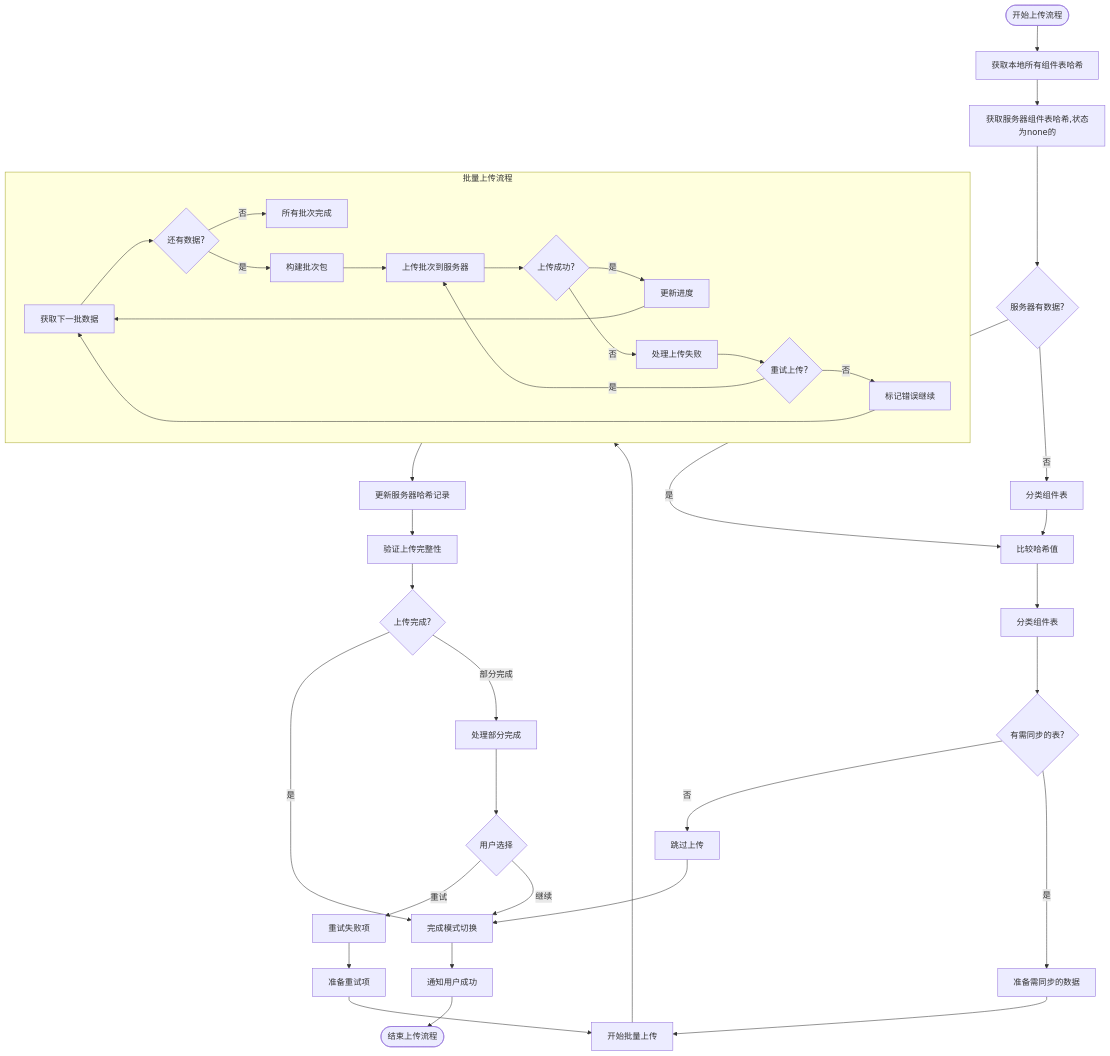
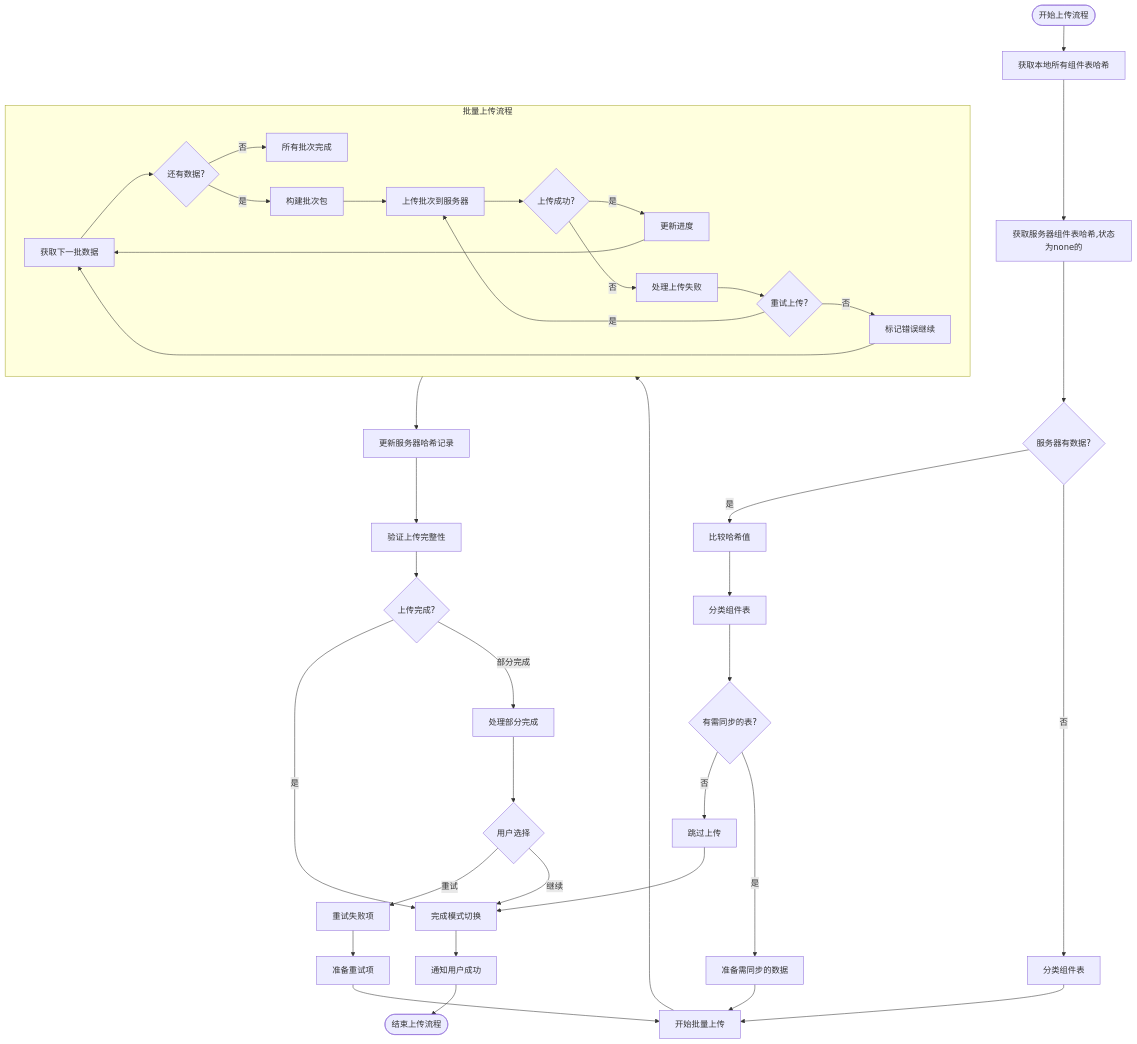
Before and after one commit to yingjianzh/iodraw-files: the diagram in all/未命名-50.md, drawn with Mermaid.

Commit message:
2025-05-08 17:11:15 update

````diff
--- a/all/未命名-50.md
+++ b/all/未命名-50.md
@@ -1,56 +1,56 @@
 ```mermaid
 flowchart TD
     Start([开始上传流程]) --> CollectLocalHashes[获取本地所有组件表哈希]
     CollectLocalHashes --> FetchServerHashes[获取服务器组件表哈希,状态为none的]
     
     FetchServerHashes --> ServerHasData{服务器有数据?}
     
     ServerHasData -->|是| CompareHashes[比较哈希值]
     ServerHasData -->|否| ClassifyTables2[分类组件表]
-    ClassifyTables2 -->
+    ClassifyTables2 --> StartBatching
     
     CompareHashes --> ClassifyTables[分类组件表]
     ClassifyTables --> HasChanges{有需同步的表?}
     
     HasChanges -->|否| SkipUpload[跳过上传]
     HasChanges -->|是| PrepareChangedData[准备需同步的数据]
     
     
     PrepareChangedData --> StartBatching[开始批量上传]
     
     subgraph BatchUpload [批量上传流程]
         B1[获取下一批数据] --> B2{还有数据?}
         B2 -->|否| BatchesComplete[所有批次完成]
         B2 -->|是| B3[构建批次包]
         B3 --> B4[上传批次到服务器]
         B4 --> B5{上传成功?}
         B5 -->|是| B6[更新进度]
         B5 -->|否| B7[处理上传失败]
         B7 --> B8{重试上传?}
         B8 -->|是| B4
         B8 -->|否| B9[标记错误继续]
         B6 --> B1
         B9 --> B1
     end
     
     StartBatching --> BatchUpload
     
     BatchUpload --> UpdateServerHashes[更新服务器哈希记录]
     UpdateServerHashes --> VerifyUpload[验证上传完整性]
     
     VerifyUpload --> UploadComplete{上传完成?}
     UploadComplete -->|是| FinalizeMode[完成模式切换]
     UploadComplete -->|部分完成| HandlePartial[处理部分完成]
     
     HandlePartial --> UserChoice{用户选择}
     UserChoice -->|重试| RetryFailed[重试失败项]
     UserChoice -->|继续| FinalizeMode
     
     RetryFailed --> PrepareRetry[准备重试项]
     PrepareRetry --> StartBatching
     
     FinalizeMode --> NotifySuccess[通知用户成功]
     NotifySuccess --> End([结束上传流程])
     
     SkipUpload --> FinalizeMode
 ```
````
